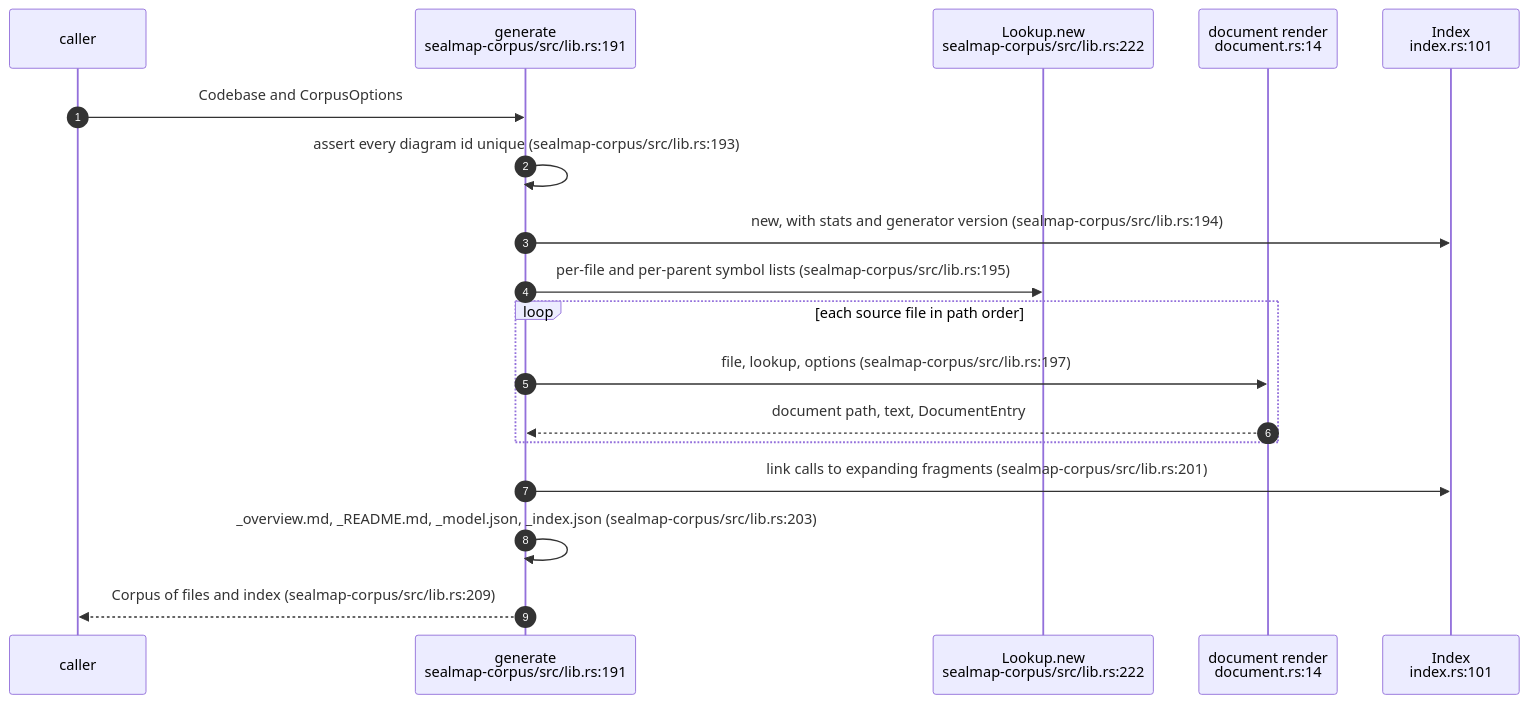
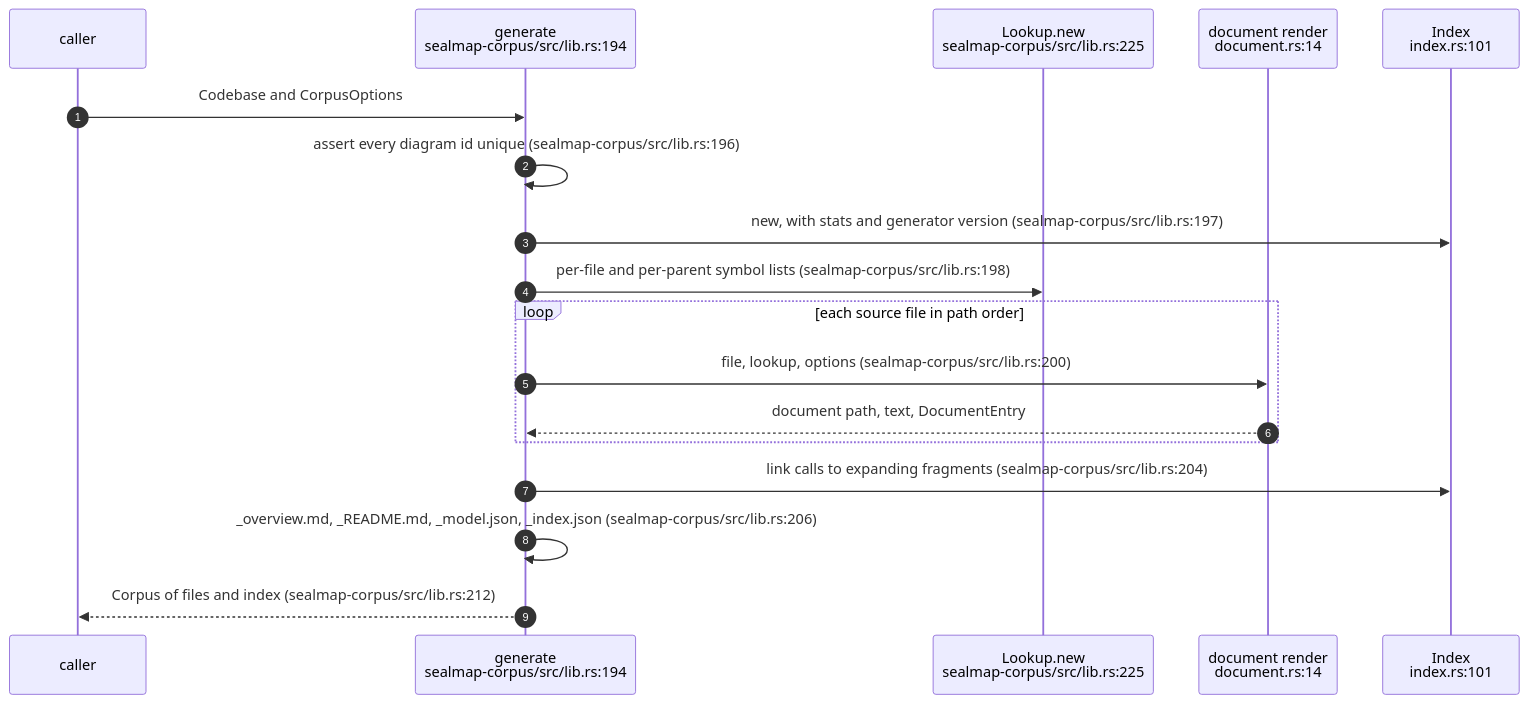
The first of 5 diagrams in docs/diagrams/sealmap/12-generating-the-corpus-and-index.md (DreamLab-AI/VisionFlow), drawn with Mermaid before and after one commit. The commit also changed other lines of this file and 59 other files, not shown here.

First line of the commit message:
docs(diagrams): re-derive and re-stamp forum, website, pod, ontomark and sealmap topics

````diff
--- a/docs/diagrams/sealmap/12-generating-the-corpus-and-index.md
+++ b/docs/diagrams/sealmap/12-generating-the-corpus-and-index.md
@@ -51,20 +52,20 @@
 ```mermaid
 sequenceDiagram
     autonumber
     participant CL as caller
-    participant GE as generate<br/>sealmap-corpus/src/lib.rs:191
-    participant LK as Lookup.new<br/>sealmap-corpus/src/lib.rs:222
+    participant GE as generate<br/>sealmap-corpus/src/lib.rs:194
+    participant LK as Lookup.new<br/>sealmap-corpus/src/lib.rs:225
     participant DR as document render<br/>document.rs:14
     participant IX as Index<br/>index.rs:101
     CL->>GE: Codebase and CorpusOptions
-    GE->>GE: assert every diagram id unique (sealmap-corpus/src/lib.rs:193)
-    GE->>IX: new, with stats and generator version (sealmap-corpus/src/lib.rs:194)
-    GE->>LK: per-file and per-parent symbol lists (sealmap-corpus/src/lib.rs:195)
+    GE->>GE: assert every diagram id unique (sealmap-corpus/src/lib.rs:196)
+    GE->>IX: new, with stats and generator version (sealmap-corpus/src/lib.rs:197)
+    GE->>LK: per-file and per-parent symbol lists (sealmap-corpus/src/lib.rs:198)
     loop each source file in path order
-        GE->>DR: file, lookup, options (sealmap-corpus/src/lib.rs:197)
+        GE->>DR: file, lookup, options (sealmap-corpus/src/lib.rs:200)
         DR-->>GE: document path, text, DocumentEntry
     end
-    GE->>IX: link calls to expanding fragments (sealmap-corpus/src/lib.rs:201)
-    GE->>GE: _overview.md, _README.md, _model.json, _index.json (sealmap-corpus/src/lib.rs:203)
-    GE-->>CL: Corpus of files and index (sealmap-corpus/src/lib.rs:209)
+    GE->>IX: link calls to expanding fragments (sealmap-corpus/src/lib.rs:204)
+    GE->>GE: _overview.md, _README.md, _model.json, _index.json (sealmap-corpus/src/lib.rs:206)
+    GE-->>CL: Corpus of files and index (sealmap-corpus/src/lib.rs:212)
 ```
````
